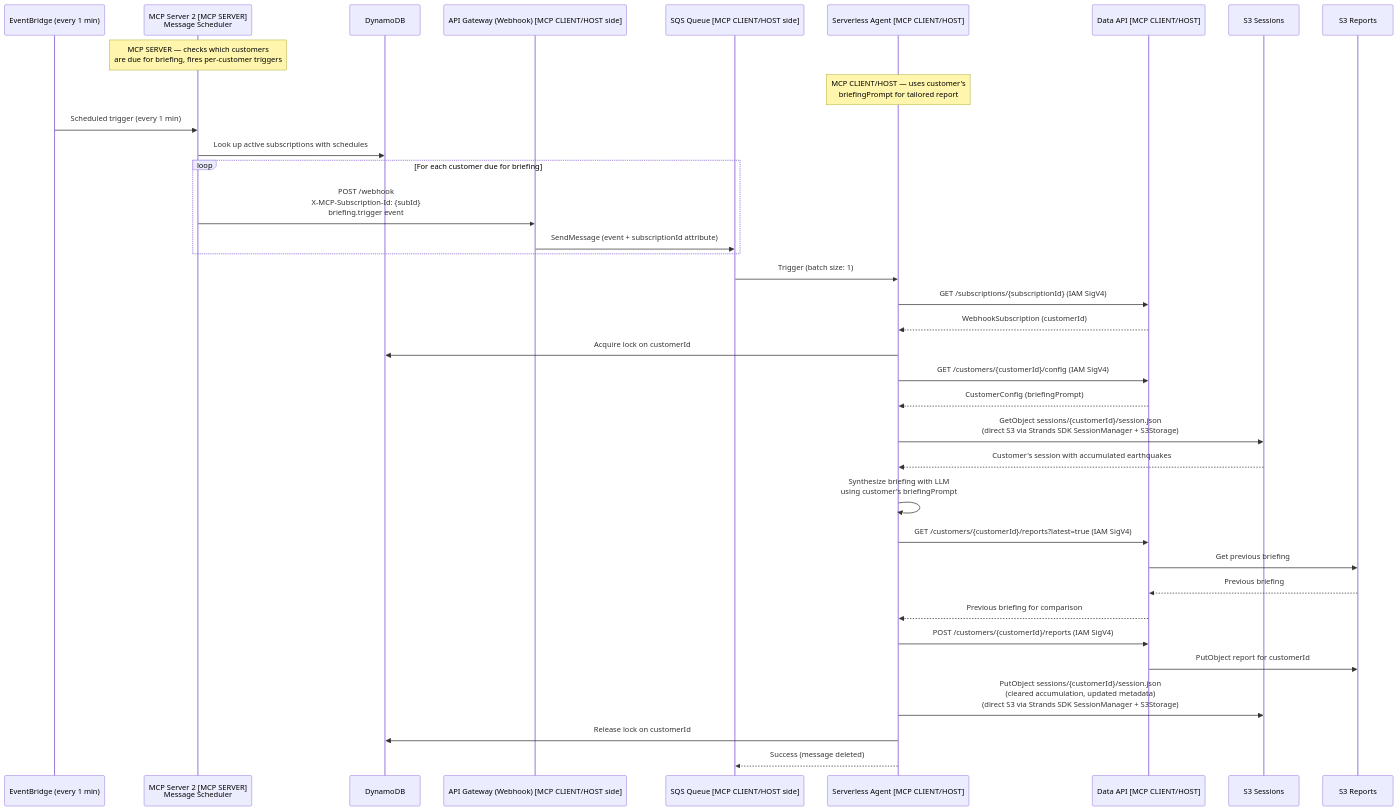
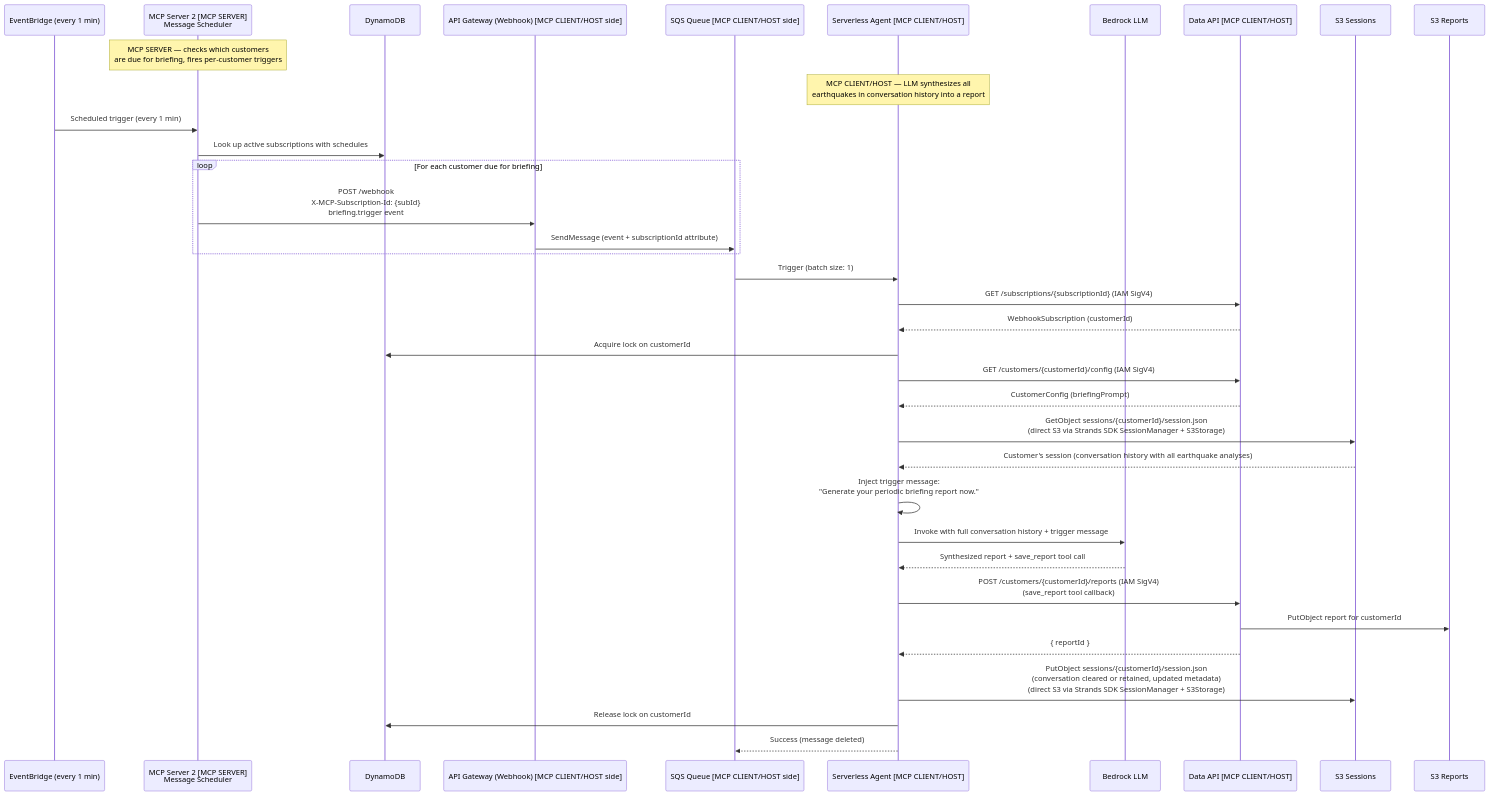
Before and after one commit to clareliguori/mcp-triggers-events-samples: the tenth of 12 diagrams in .kiro/specs/mcp-events-serverless-agent/design.md, drawn with Mermaid. The commit also changed other lines of this file, not shown here.

Commit message:
Update design to use conversation history as accumulator with LLM invocation per event

````diff
--- a/.kiro/specs/mcp-events-serverless-agent/design.md
+++ b/.kiro/specs/mcp-events-serverless-agent/design.md
@@ -281,41 +285,41 @@
 ```mermaid
 sequenceDiagram
     participant EB as EventBridge (every 1 min)
     participant MCP2 as MCP Server 2 [MCP SERVER]<br/>Message Scheduler
     participant DDB as DynamoDB
     participant APIG as API Gateway (Webhook) [MCP CLIENT/HOST side]
     participant SQS as SQS Queue [MCP CLIENT/HOST side]
     participant Agent as Serverless Agent [MCP CLIENT/HOST]
+    participant LLM as Bedrock LLM
     participant DataAPI as Data API [MCP CLIENT/HOST]
     participant S3S as S3 Sessions
     participant S3R as S3 Reports
 
     Note over MCP2: MCP SERVER — checks which customers<br/>are due for briefing, fires per-customer triggers
-    Note over Agent: MCP CLIENT/HOST — uses customer's<br/>briefingPrompt for tailored report
+    Note over Agent: MCP CLIENT/HOST — LLM synthesizes all<br/>earthquakes in conversation history into a report
 
     EB->>MCP2: Scheduled trigger (every 1 min)
     MCP2->>DDB: Look up active subscriptions with schedules
     loop For each customer due for briefing
         MCP2->>APIG: POST /webhook<br/>X-MCP-Subscription-Id: {subId}<br/>briefing.trigger event
         APIG->>SQS: SendMessage (event + subscriptionId attribute)
     end
 
     SQS->>Agent: Trigger (batch size: 1)
     Agent->>DataAPI: GET /subscriptions/{subscriptionId} (IAM SigV4)
     DataAPI-->>Agent: WebhookSubscription (customerId)
     Agent->>DDB: Acquire lock on customerId
     Agent->>DataAPI: GET /customers/{customerId}/config (IAM SigV4)
     DataAPI-->>Agent: CustomerConfig (briefingPrompt)
     Agent->>S3S: GetObject sessions/{customerId}/session.json<br/>(direct S3 via Strands SDK SessionManager + S3Storage)
-    S3S-->>Agent: Customer's session with accumulated earthquakes
-    Agent->>Agent: Synthesize briefing with LLM<br/>using customer's briefingPrompt
-    Agent->>DataAPI: GET /customers/{customerId}/reports?latest=true (IAM SigV4)
-    DataAPI->>S3R: Get previous briefing
-    S3R-->>DataAPI: Previous briefing
-    DataAPI-->>Agent: Previous briefing for comparison
-    Agent->>DataAPI: POST /customers/{customerId}/reports (IAM SigV4)
+    S3S-->>Agent: Customer's session (conversation history with all earthquake analyses)
+    Agent->>Agent: Inject trigger message:<br/>"Generate your periodic briefing report now."
+    Agent->>LLM: Invoke with full conversation history + trigger message
+    LLM-->>Agent: Synthesized report + save_report tool call
+    Agent->>DataAPI: POST /customers/{customerId}/reports (IAM SigV4)<br/>(save_report tool callback)
     DataAPI->>S3R: PutObject report for customerId
-    Agent->>S3S: PutObject sessions/{customerId}/session.json<br/>(cleared accumulation, updated metadata)<br/>(direct S3 via Strands SDK SessionManager + S3Storage)
+    DataAPI-->>Agent: { reportId }
+    Agent->>S3S: PutObject sessions/{customerId}/session.json<br/>(conversation cleared or retained, updated metadata)<br/>(direct S3 via Strands SDK SessionManager + S3Storage)
     Agent->>DDB: Release lock on customerId
     Agent-->>SQS: Success (message deleted)
 ```
````
